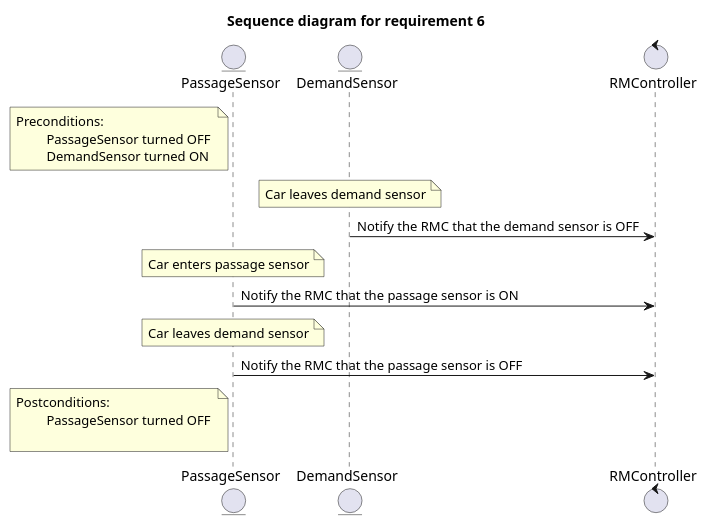
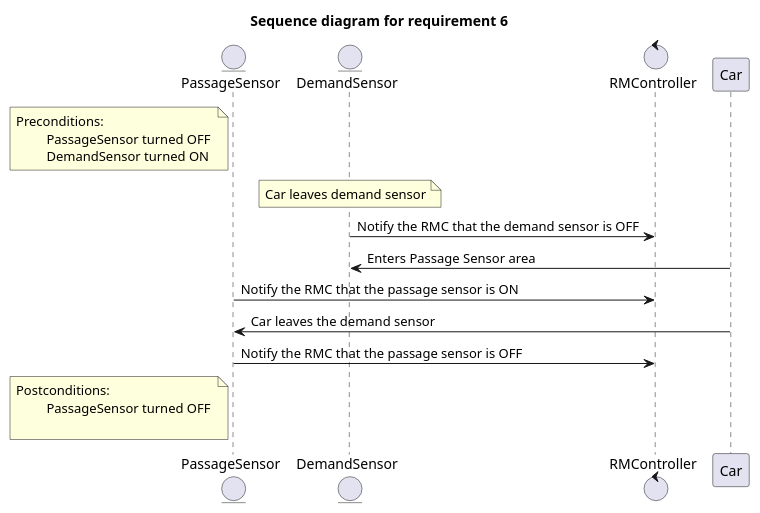
Before and after one commit to MaksimKarnaukh/MoSIS: the diagram in 01_RequirementsChecking/sequence_diagram_req6.puml, drawn with PlantUML.

Commit message:
Changes by Nigloo

```diff
--- a/01_RequirementsChecking/sequence_diagram_req6.puml
+++ b/01_RequirementsChecking/sequence_diagram_req6.puml
@@ -1,23 +1,23 @@
 @startuml
 
 '6) The passage sensor can only be turned ON once a car leaves the demand
 'sensor shifting from ON to OFF. Another car can only turn the
 'passage sensor ON once it has been turned OFF (the previous car joined the mainline).
 title "Sequence diagram for requirement 6"
 
 entity PassageSensor as PS
 entity DemandSensor as DS
 control RMController as RMC
 
 note left of PS : Preconditions:\n\t PassageSensor turned OFF \n\t DemandSensor turned ON
 
 note over DS: Car leaves demand sensor
 DS -> RMC : Notify the RMC that the demand sensor is OFF
-note over PS: Car enters passage sensor
+Car -> DS:Enters Passage Sensor area
 PS -> RMC : Notify the RMC that the passage sensor is ON
-note over PS: Car leaves demand sensor
+Car -> PS :Car leaves the demand sensor
 PS -> RMC : Notify the RMC that the passage sensor is OFF
 
-note left of PS : Postconditions:\n\t PassageSensor turned OFF \n\t
+note left  of PS : Postconditions:\n\t PassageSensor turned OFF \n\t
 
 @enduml
```
